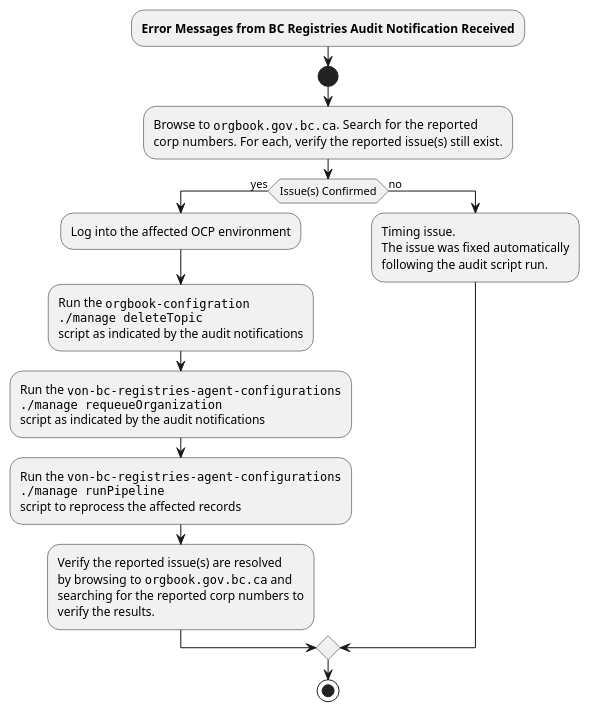
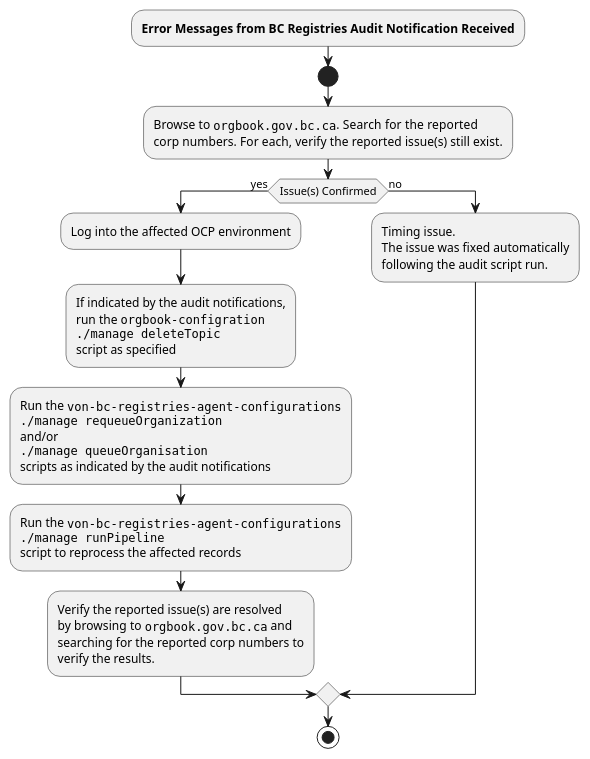
One commit to bcgov/DITP-DevOps changed the diagram in docs/diagrams/bc-registries-audit-decision-tree.puml. Above: the diagram before and after it, drawn with PlantUML. The commit also changed 1 other file, not shown here.

```diff
--- a/docs/diagrams/bc-registries-audit-decision-tree.puml
+++ b/docs/diagrams/bc-registries-audit-decision-tree.puml
@@ -1,16 +1,16 @@
 @startuml
 :**Error Messages from BC Registries Audit Notification Received**;
 start
   :Browse to ""orgbook.gov.bc.ca"".  Search for the reported 
   corp numbers.  For each, verify the reported issue(s) still exist.;
   if (Issue(s) Confirmed) then (yes)
     :Log into the affected OCP environment;
-    :Run the ""orgbook-configration""\n""./manage deleteTopic""\nscript as indicated by the audit notifications; 
-    :Run the ""von-bc-registries-agent-configurations""\n""./manage requeueOrganization""\nscript as indicated by the audit notifications;
+    :If indicated by the audit notifications,\nrun the ""orgbook-configration""\n""./manage deleteTopic""\nscript as specified; 
+    :Run the ""von-bc-registries-agent-configurations""\n""./manage requeueOrganization""\nand/or\n""./manage queueOrganisation""\nscripts as indicated by the audit notifications;
     :Run the ""von-bc-registries-agent-configurations""\n""./manage runPipeline""\nscript to reprocess the affected records;
     :Verify the reported issue(s) are resolved\nby browsing to ""orgbook.gov.bc.ca"" and\nsearching for the reported corp numbers to\nverify the results.;
   else (no)
     :Timing issue.\nThe issue was fixed automatically\nfollowing the audit script run.;
   endif
 stop
 @enduml
```
